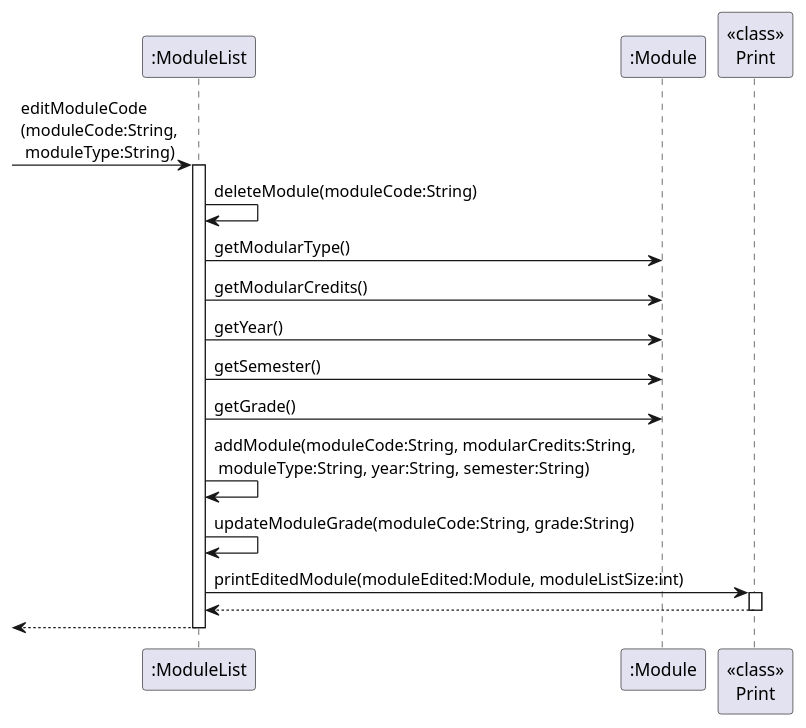
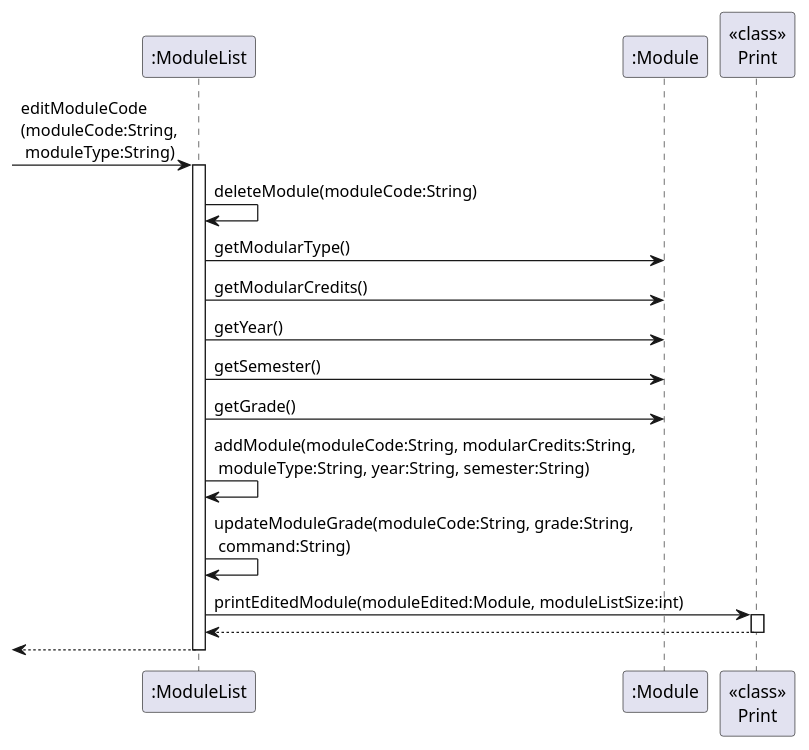
One commit to saintzaw/tp changed the diagram in docs/diagrams/editModuleCode.puml. Above: the diagram before and after it, drawn with PlantUML. The commit also changed 1 other file, not shown here.

Commit message:
edit editModuleCode diagram

```diff
--- a/docs/diagrams/editModuleCode.puml
+++ b/docs/diagrams/editModuleCode.puml
@@ -1,23 +1,23 @@
 @startuml
 participant ":ModuleList" as ML
 participant ":Module" as Mod
 participant "<<class>>\nPrint" as Print
 
 [->ML : editModuleCode\n(moduleCode:String,\n moduleType:String)
  activate ML
         ML -> ML: deleteModule(moduleCode:String)
         ML -> Mod: getModularType()
         ML -> Mod: getModularCredits()
         ML -> Mod: getYear()
         ML -> Mod: getSemester()
         ML -> Mod: getGrade()
 
         ML -> ML: addModule(moduleCode:String, modularCredits:String,\n moduleType:String, year:String, semester:String)
-        ML -> ML: updateModuleGrade(moduleCode:String, grade:String)
+        ML -> ML: updateModuleGrade(moduleCode:String, grade:String, \n command:String)
         ML -> Print : printEditedModule(moduleEdited:Module, moduleListSize:int)
         activate Print
         Print --> ML
         deactivate Print
 ML-->[
 deactivate ML
 @enduml
```
